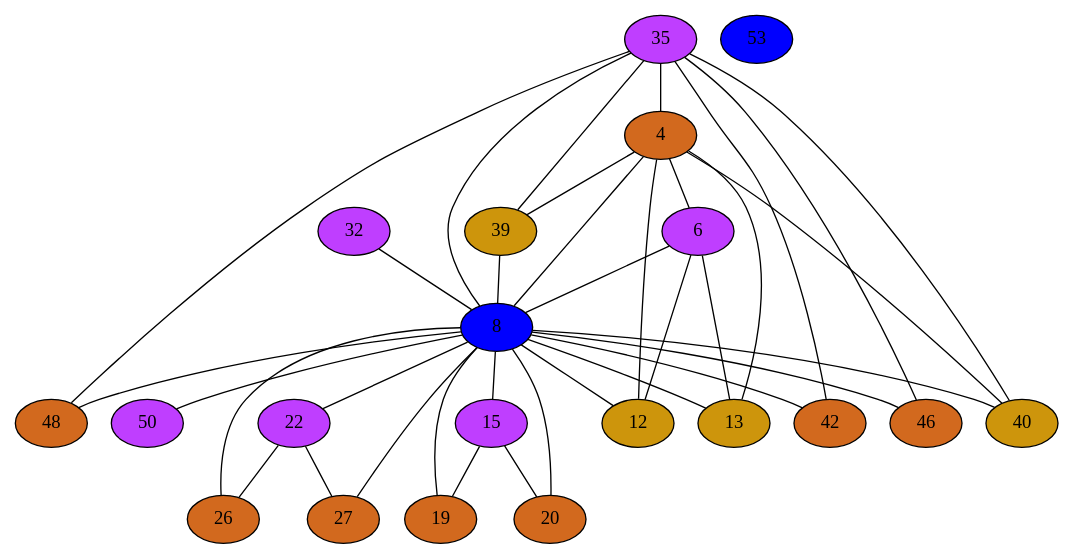
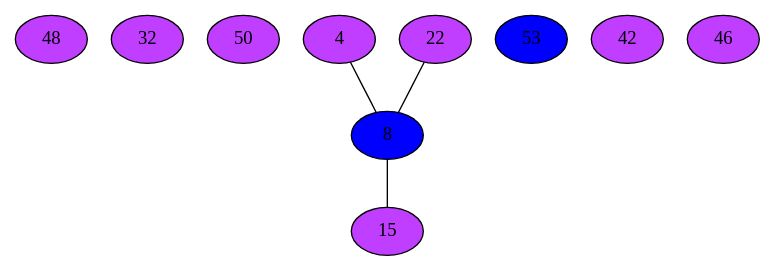
The diagram in Compiler/9iGraph.dot (mbajaj92/Project-Astoria), drawn with Graphviz before and after one commit. The commit also changed 211 other files, not shown here.

```diff
--- a/Compiler/9iGraph.dot
+++ b/Compiler/9iGraph.dot
@@ -1,92 +1,18 @@
 strict graph {
+48[label="48" style=filled fillcolor="darkorchid1"];
 32[label="32" style=filled fillcolor="darkorchid1"];
-32 -- 8
-35[label="35" style=filled fillcolor="darkorchid1"];
-35 -- 48
-35 -- 4
-35 -- 39
-35 -- 40
-35 -- 8
-35 -- 42
-35 -- 46
-4[label="4" style=filled fillcolor="chocolate"];
-4 -- 35
-4 -- 6
-4 -- 39
-4 -- 40
+50[label="50" style=filled fillcolor="darkorchid1"];
+4[label="4" style=filled fillcolor="darkorchid1"];
 4 -- 8
-4 -- 12
-4 -- 13
-6[label="6" style=filled fillcolor="darkorchid1"];
-6 -- 4
-6 -- 8
-6 -- 12
-6 -- 13
-39[label="39" style=filled fillcolor="darkgoldenrod3"];
-39 -- 35
-39 -- 4
-39 -- 8
-8[label="8" style=filled fillcolor="blue1"];
-8 -- 32
-8 -- 35
-8 -- 4
-8 -- 6
-8 -- 39
-8 -- 40
-8 -- 42
-8 -- 12
-8 -- 13
-8 -- 46
-8 -- 15
-8 -- 48
-8 -- 50
-8 -- 19
-8 -- 20
-8 -- 22
-8 -- 26
-8 -- 27
-40[label="40" style=filled fillcolor="darkgoldenrod3"];
-40 -- 35
-40 -- 4
-40 -- 8
-42[label="42" style=filled fillcolor="chocolate"];
-42 -- 35
-42 -- 8
-12[label="12" style=filled fillcolor="darkgoldenrod3"];
-12 -- 4
-12 -- 6
-12 -- 8
-13[label="13" style=filled fillcolor="darkgoldenrod3"];
-13 -- 4
-13 -- 6
-13 -- 8
-46[label="46" style=filled fillcolor="chocolate"];
-46 -- 35
-46 -- 8
-15[label="15" style=filled fillcolor="darkorchid1"];
-15 -- 19
-15 -- 20
-15 -- 8
-48[label="48" style=filled fillcolor="chocolate"];
-48 -- 35
-48 -- 8
-50[label="50" style=filled fillcolor="darkorchid1"];
-50 -- 8
-19[label="19" style=filled fillcolor="chocolate"];
-19 -- 8
-19 -- 15
-20[label="20" style=filled fillcolor="chocolate"];
-20 -- 8
-20 -- 15
 53[label="53" style=filled fillcolor="blue1"];
 22[label="22" style=filled fillcolor="darkorchid1"];
 22 -- 8
-22 -- 26
-22 -- 27
-26[label="26" style=filled fillcolor="chocolate"];
-26 -- 22
-26 -- 8
-27[label="27" style=filled fillcolor="chocolate"];
-27 -- 22
-27 -- 8
+8[label="8" style=filled fillcolor="blue1"];
+8 -- 4
+8 -- 22
+8 -- 15
+42[label="42" style=filled fillcolor="darkorchid1"];
+46[label="46" style=filled fillcolor="darkorchid1"];
+15[label="15" style=filled fillcolor="darkorchid1"];
+15 -- 8
 }
```
